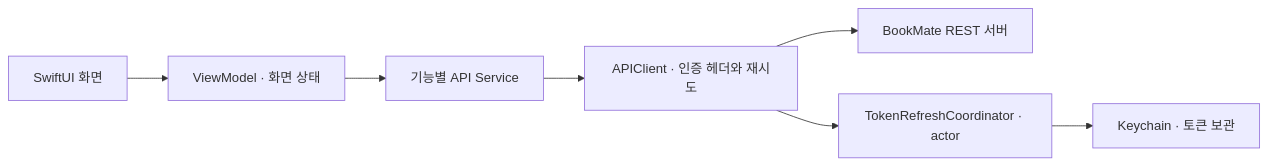
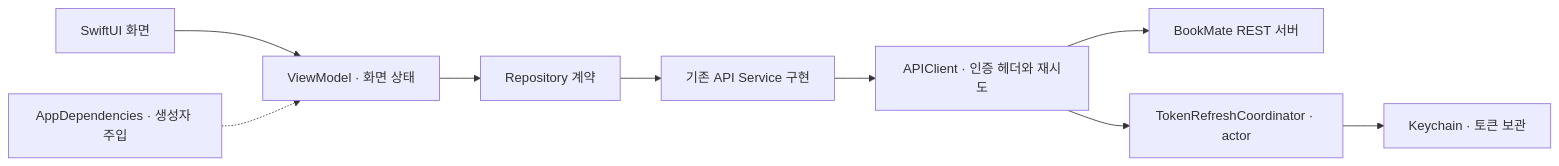
One commit to cozyrim/bookmate-ios changed the diagram in README.md. Above: the diagram before and after it, drawn with Mermaid. The commit also changed other lines of this file and 2 other files, not shown here.

Commit message:
docs: 기능별 상태 소유권과 검증 범위 정리

````diff
--- a/README.md
+++ b/README.md
@@ -60,9 +60,11 @@
 ```mermaid
 flowchart LR
     View[SwiftUI 화면] --> VM[ViewModel · 화면 상태]
-    VM --> Service[기능별 API Service]
+    Dependencies[AppDependencies · 생성자 주입] -.-> VM
+    VM --> Repository[Repository 계약]
+    Repository --> Service[기존 API Service 구현]
     Service --> Client[APIClient · 인증 헤더와 재시도]
     Client --> Server[BookMate REST 서버]
     Client --> Refresh[TokenRefreshCoordinator · actor]
     Refresh --> Keychain[Keychain · 토큰 보관]
 ```
````
